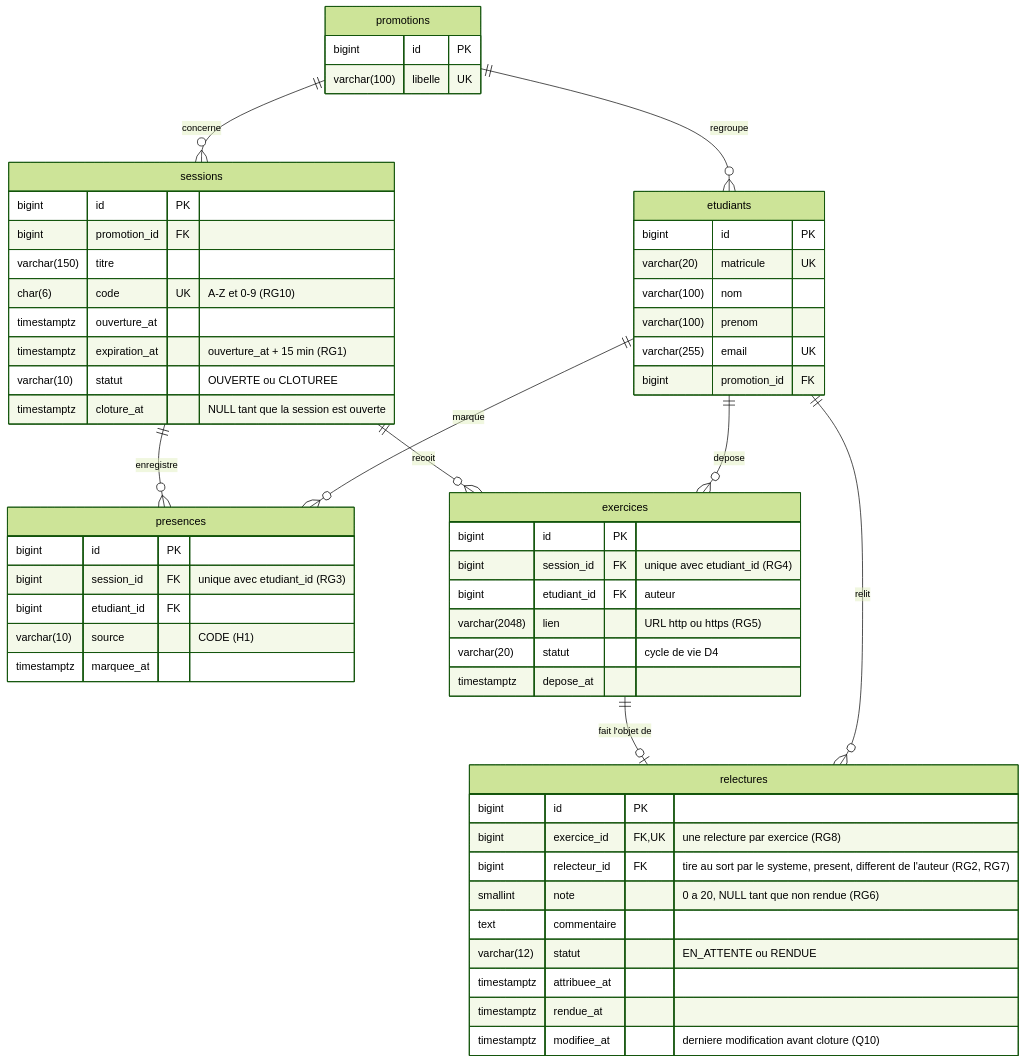
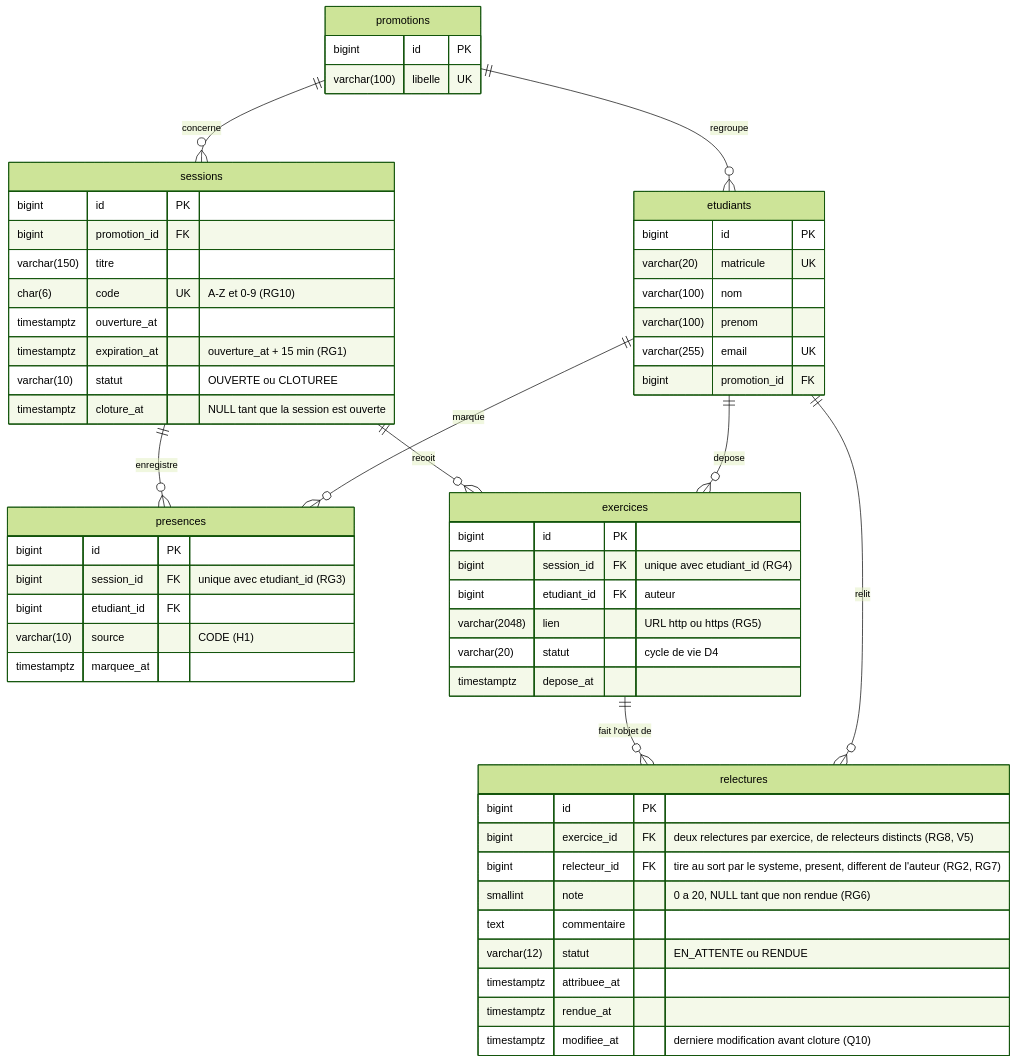
Before and after one commit to cyntiatc/kfokam48-epreuve-265: the diagram in docs/diagrammes/D2_datamodel.md, drawn with Mermaid (forest theme). The commit also changed other lines of this file and 39 other files, not shown here.

````diff
--- a/docs/diagrammes/D2_datamodel.md
+++ b/docs/diagrammes/D2_datamodel.md
@@ -7,60 +7,60 @@
 ```mermaid
 erDiagram
     promotions ||--o{ etudiants : "regroupe"
     promotions ||--o{ sessions : "concerne"
     sessions ||--o{ presences : "enregistre"
     etudiants ||--o{ presences : "marque"
     sessions ||--o{ exercices : "recoit"
     etudiants ||--o{ exercices : "depose"
-    exercices ||--o| relectures : "fait l'objet de"
+    exercices ||--o{ relectures : "fait l'objet de"
     etudiants ||--o{ relectures : "relit"
 
     promotions {
         bigint id PK
         varchar(100) libelle UK
     }
     etudiants {
         bigint id PK
         varchar(20) matricule UK
         varchar(100) nom
         varchar(100) prenom
         varchar(255) email UK
         bigint promotion_id FK
     }
     sessions {
         bigint id PK
         bigint promotion_id FK
         varchar(150) titre
         char(6) code UK "A-Z et 0-9 (RG10)"
         timestamptz ouverture_at
         timestamptz expiration_at "ouverture_at + 15 min (RG1)"
         varchar(10) statut "OUVERTE ou CLOTUREE"
         timestamptz cloture_at "NULL tant que la session est ouverte"
     }
     presences {
         bigint id PK
         bigint session_id FK "unique avec etudiant_id (RG3)"
         bigint etudiant_id FK
         varchar(10) source "CODE (H1)"
         timestamptz marquee_at
     }
     exercices {
         bigint id PK
         bigint session_id FK "unique avec etudiant_id (RG4)"
         bigint etudiant_id FK "auteur"
         varchar(2048) lien "URL http ou https (RG5)"
         varchar(20) statut "cycle de vie D4"
         timestamptz depose_at
     }
     relectures {
         bigint id PK
-        bigint exercice_id FK, UK "une relecture par exercice (RG8)"
+        bigint exercice_id FK "deux relectures par exercice, de relecteurs distincts (RG8, V5)"
         bigint relecteur_id FK "tire au sort par le systeme, present, different de l'auteur (RG2, RG7)"
         smallint note "0 a 20, NULL tant que non rendue (RG6)"
         text commentaire
         varchar(12) statut "EN_ATTENTE ou RENDUE"
         timestamptz attribuee_at
         timestamptz rendue_at
         timestamptz modifiee_at "derniere modification avant cloture (Q10)"
     }
 ```
````
